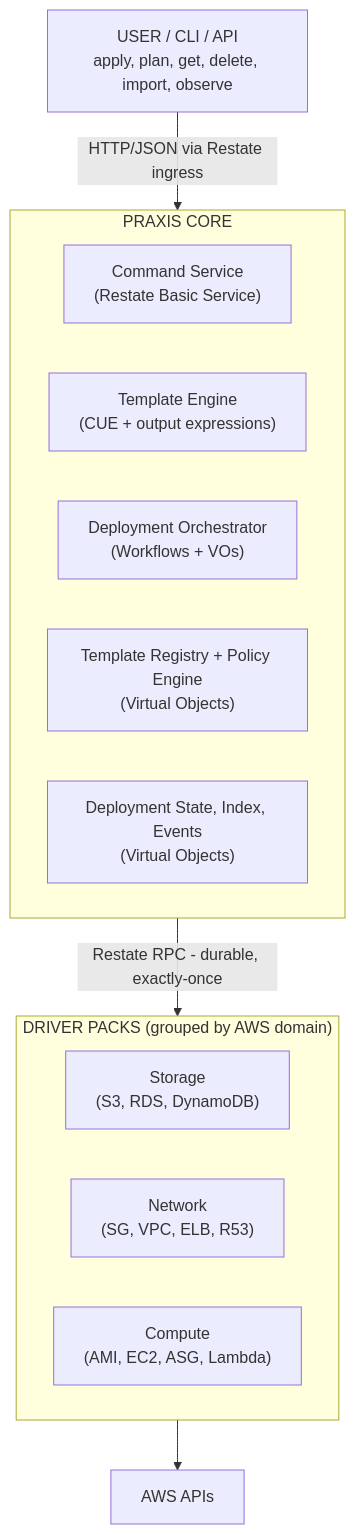
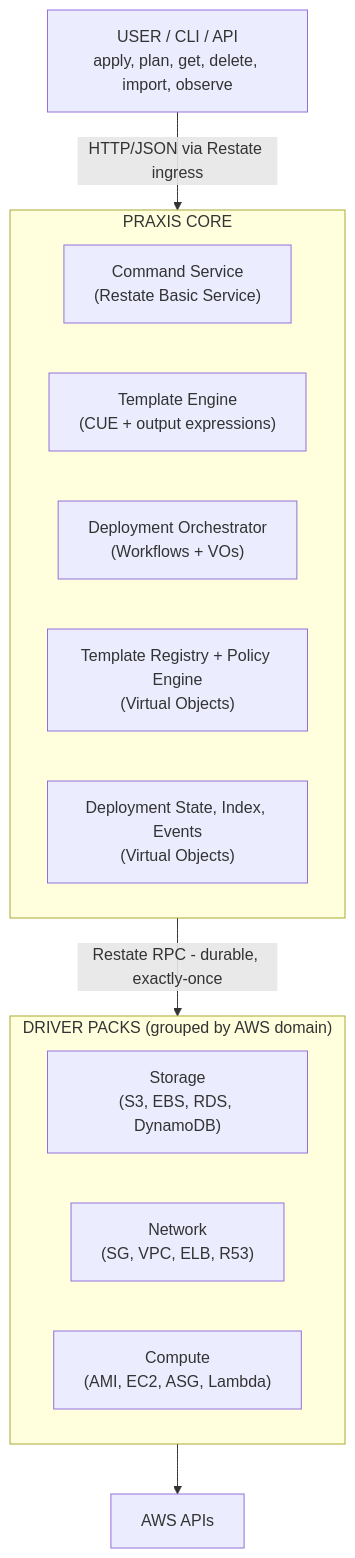
Before and after one commit to shirvan/praxis: the first of 5 diagrams in docs/ARCHITECTURE.md, drawn with Mermaid. The commit also changed other lines of this file and 25 other files, not shown here.

````diff
--- a/docs/ARCHITECTURE.md
+++ b/docs/ARCHITECTURE.md
@@ -17,24 +17,24 @@
 ```mermaid
 graph TD
     User["USER / CLI / API<br/>apply, plan, get, delete, import, observe"]
 
     User -->|"HTTP/JSON via Restate ingress"| Core
 
     subgraph Core["PRAXIS CORE"]
         CS["Command Service<br/>(Restate Basic Service)"]
         TE["Template Engine<br/>(CUE + output expressions)"]
         DO["Deployment Orchestrator<br/>(Workflows + VOs)"]
         TR["Template Registry + Policy Engine<br/>(Virtual Objects)"]
         DS["Deployment State, Index, Events<br/>(Virtual Objects)"]
     end
 
     Core -->|"Restate RPC - durable, exactly-once"| Drivers
 
     subgraph Drivers["DRIVER PACKS (grouped by AWS domain)"]
-        Storage["Storage<br/>(S3, RDS, DynamoDB)"]
+        Storage["Storage<br/>(S3, EBS, RDS, DynamoDB)"]
         Network["Network<br/>(SG, VPC, ELB, R53)"]
         Compute["Compute<br/>(AMI, EC2, ASG, Lambda)"]
     end
 
     Drivers --> AWS["AWS APIs"]
 ```
````
